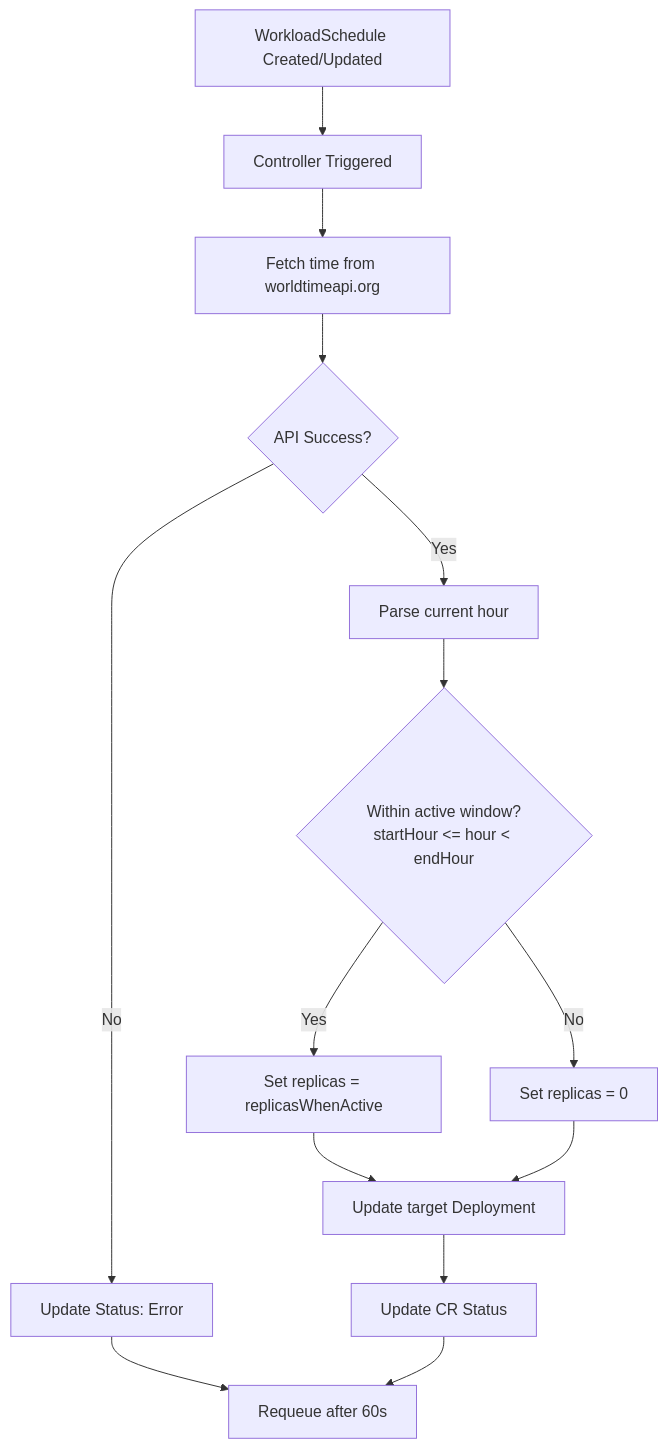
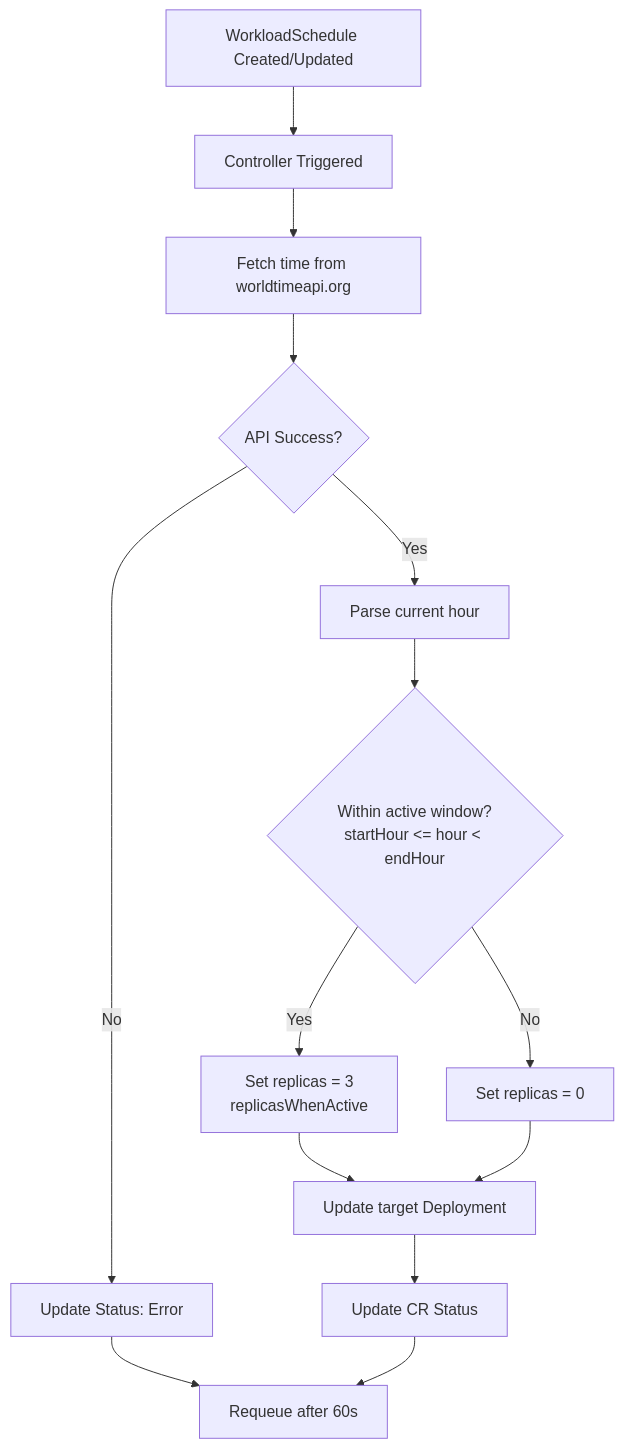
Before and after one commit to vmovahed/workload-schedule-operator: the first of 2 diagrams in README.md, drawn with Mermaid.

Commit message:
Fix flowchart to show example replica value

````diff
--- a/README.md
+++ b/README.md
@@ -75,16 +75,16 @@
 ```mermaid
 flowchart TD
     A[WorkloadSchedule Created/Updated] --> B[Controller Triggered]
     B --> C[Fetch time from worldtimeapi.org]
     C --> D{API Success?}
     D -->|No| E[Update Status: Error]
     E --> F[Requeue after 60s]
     D -->|Yes| G[Parse current hour]
     G --> H{Within active window?<br/>startHour <= hour < endHour}
-    H -->|Yes| I[Set replicas = replicasWhenActive]
+    H -->|Yes| I[Set replicas = 3<br/>replicasWhenActive]
     H -->|No| J[Set replicas = 0]
     I --> K[Update target Deployment]
     J --> K
     K --> L[Update CR Status]
     L --> F
 ```
````
